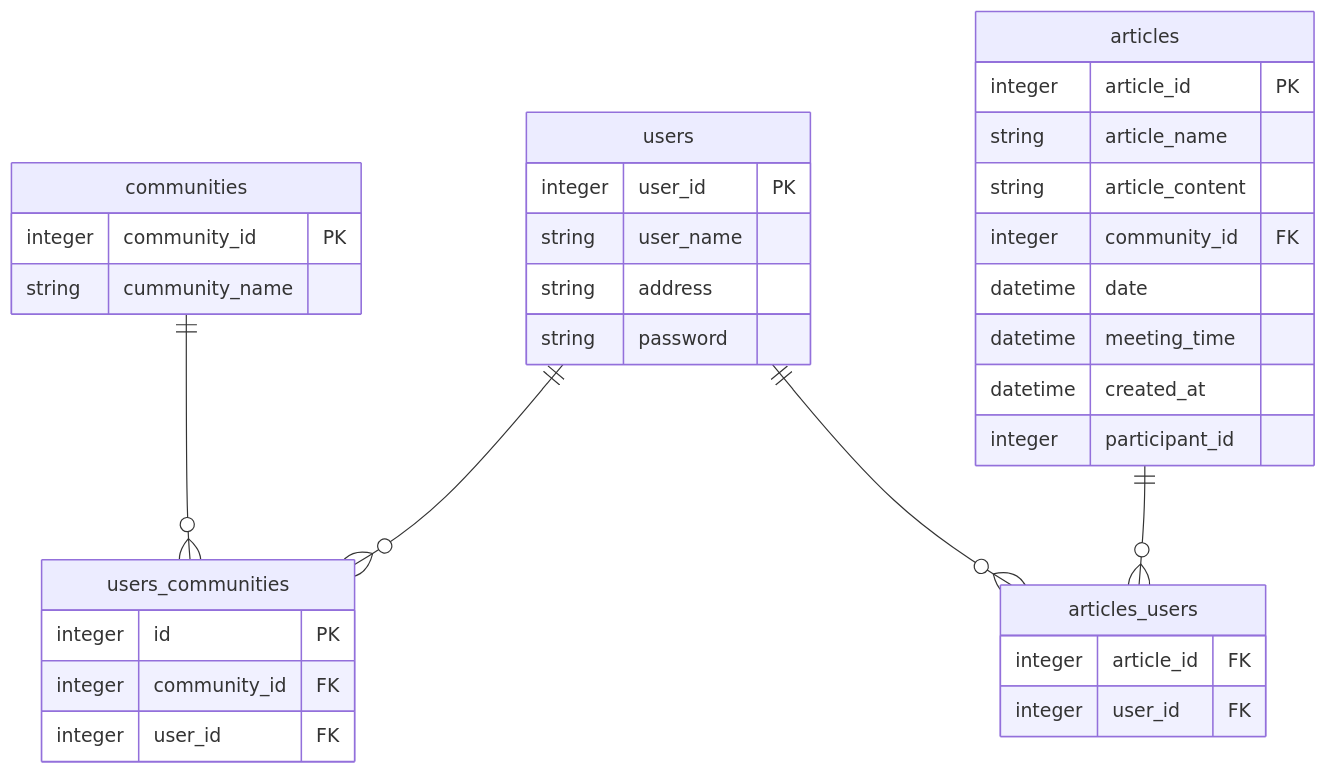
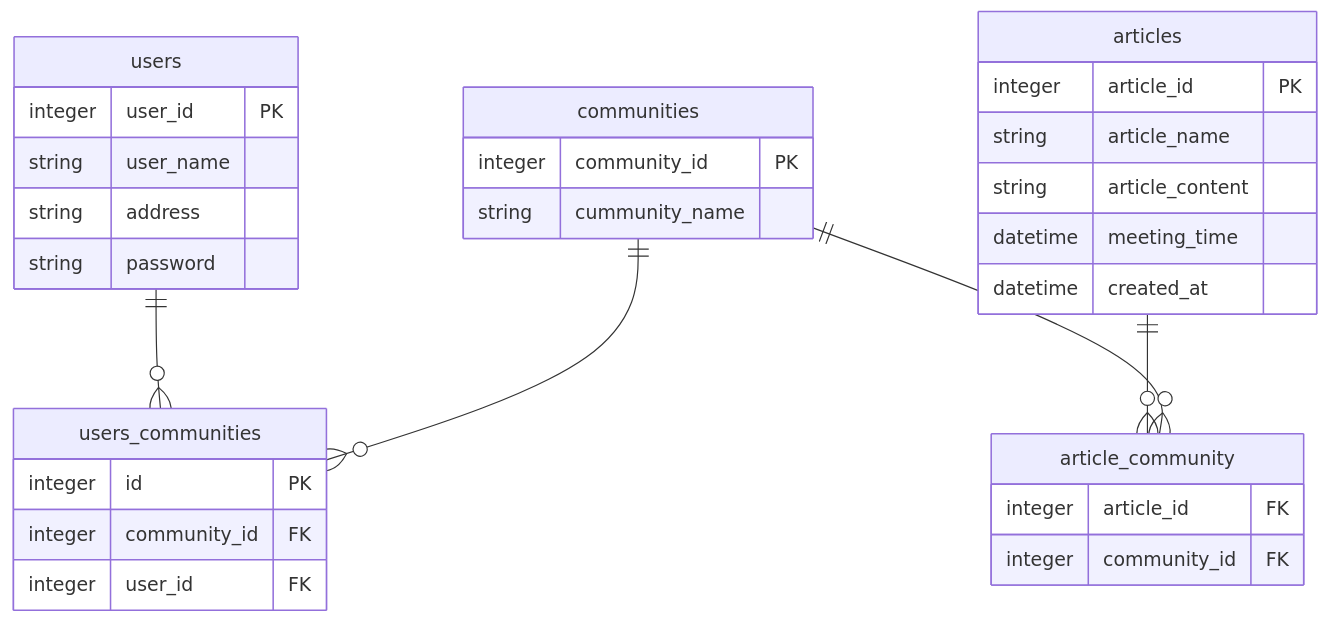
Before and after one commit to jphacks/F_2204: the diagram in README.md, drawn with Mermaid.

Commit message:
modify: readme

````diff
--- a/README.md
+++ b/README.md
@@ -51,47 +51,42 @@
 ```mermaid
 erDiagram
 
 users {
     integer user_id PK
     string user_name
     string address
     string password
 }
 
 users_communities {
     integer id PK
     integer community_id FK
     integer user_id FK
 }
 
 communities {
     integer community_id PK
     string cummunity_name
 } 
 
 articles {
     integer article_id  PK
     string article_name 
     string article_content
-    integer community_id FK
-    datetime date
     datetime meeting_time
     datetime created_at
-    integer participant_id
+}
+article_community {
+    integer article_id FK
+    integer community_id FK
 }
 
-articles_users {
-    integer article_id FK
-    integer user_id FK
-}
-
-
+articles ||--o{article_community:""
+communities ||--o{article_community:""
 
 users ||--o{users_communities:""
 communities ||--o{users_communities:""
 
-articles ||--o{articles_users:""
-users ||--o{articles_users:""
 
 
 ```
````
